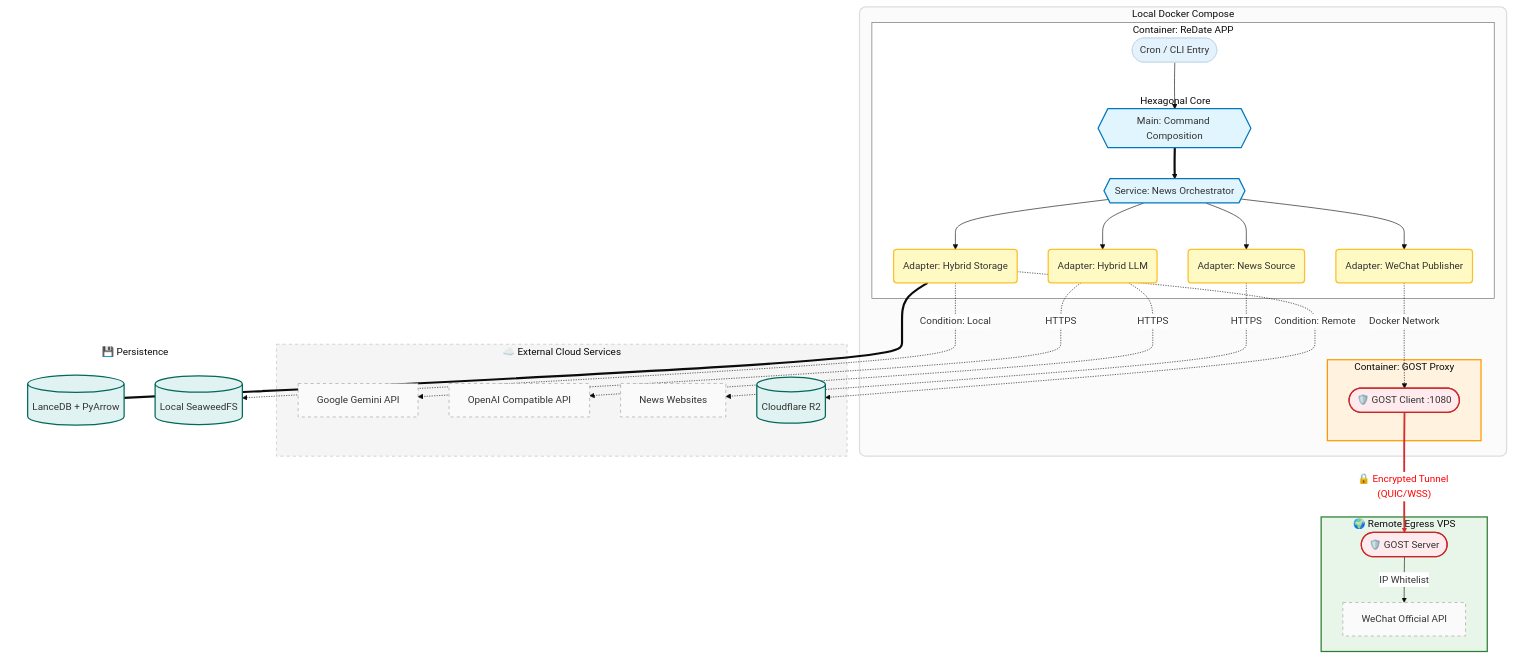
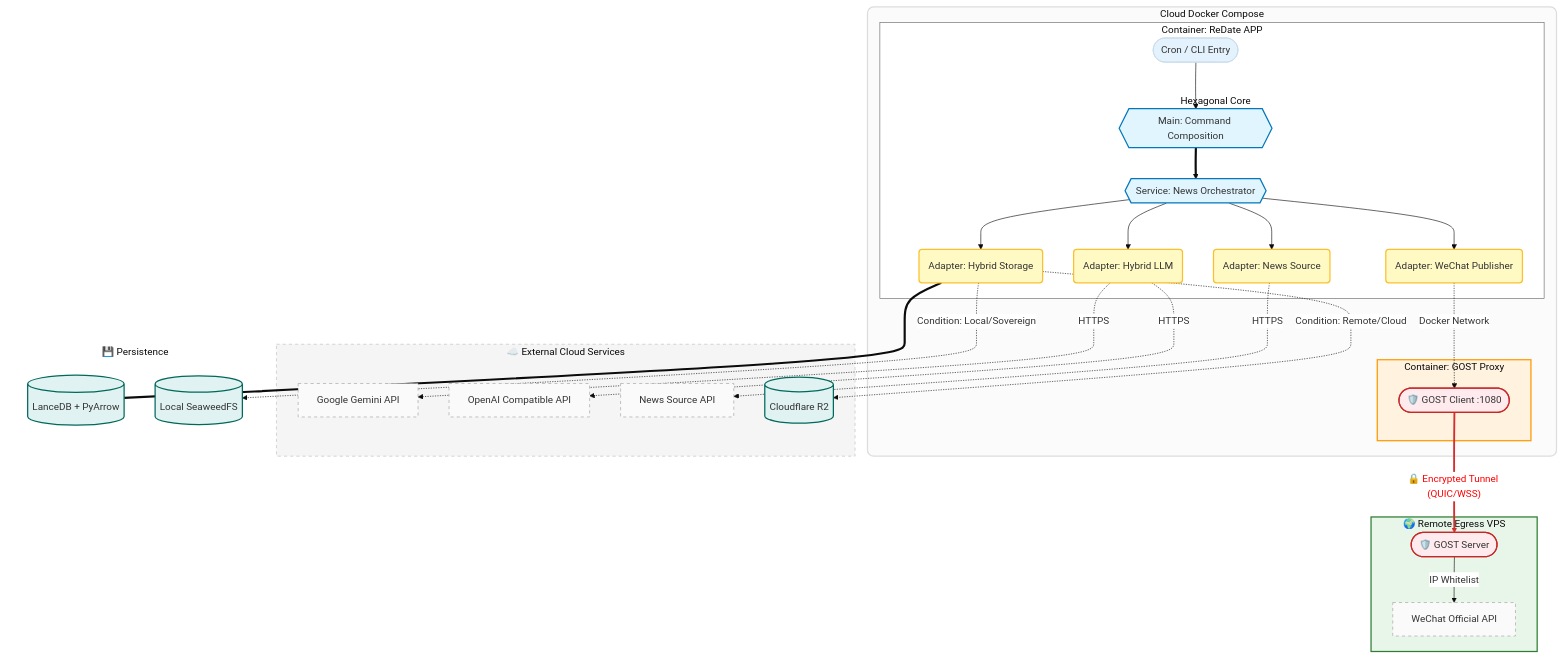
Before and after one commit to BUCM-Community/ReDate: the diagram in docs/architecture.md, drawn with Mermaid. The commit also changed other lines of this file and 50 other files, not shown here.

```diff
--- a/docs/architecture.md
+++ b/docs/architecture.md
@@ -76,7 +133,7 @@
     classDef security fill:#ffebee,stroke:#c62828,stroke-width:2px;
 
     %% --- 1. 本地容器环境 ---
-    subgraph Docker_Env ["Local Docker Compose"]
+    subgraph Docker_Env ["Cloud Docker Compose"]
         style Docker_Env fill:#fbfbfb,stroke:#ddd,stroke-width:2px,rx:10
         
         %% 核心业务容器
@@ -117,7 +174,7 @@
         
         Gemini["Google Gemini API"]
         OpenAI["OpenAI Compatible API"]
-        WebSources["News Websites"]
+        WebSources["News Source API"]
         R2_Bucket[("Cloudflare R2")]
         
         class Gemini,OpenAI,WebSources external
@@ -151,8 +208,8 @@
     
     %% 存储连接 (Link Index: 10, 11, 12)
     Store_Adaper === LanceDB
-    Store_Adaper -.->|"Condition: Local"| SeaweedFS
-    Store_Adaper -.->|"Condition: Remote"| R2_Bucket
+    Store_Adaper -.->|"Condition: Local/Sovereign"| SeaweedFS
+    Store_Adaper -.->|"Condition: Remote/Cloud"| R2_Bucket
 
     %% 代理隧道 (关键路径高亮) (Link Index: 13)
     Gost_Client ==>|"🔒 Encrypted Tunnel (QUIC/WSS)"| Gost_Server
```
